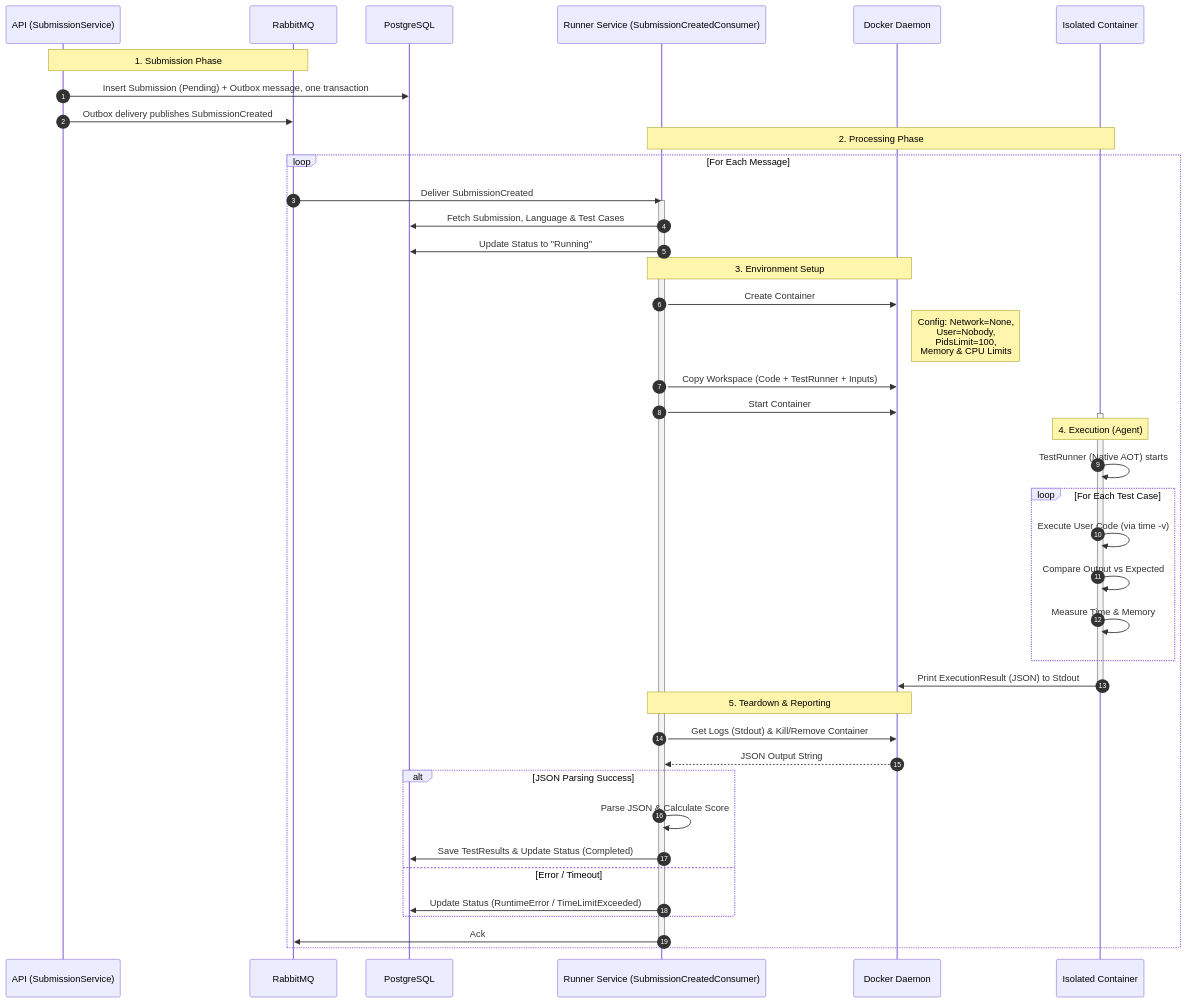
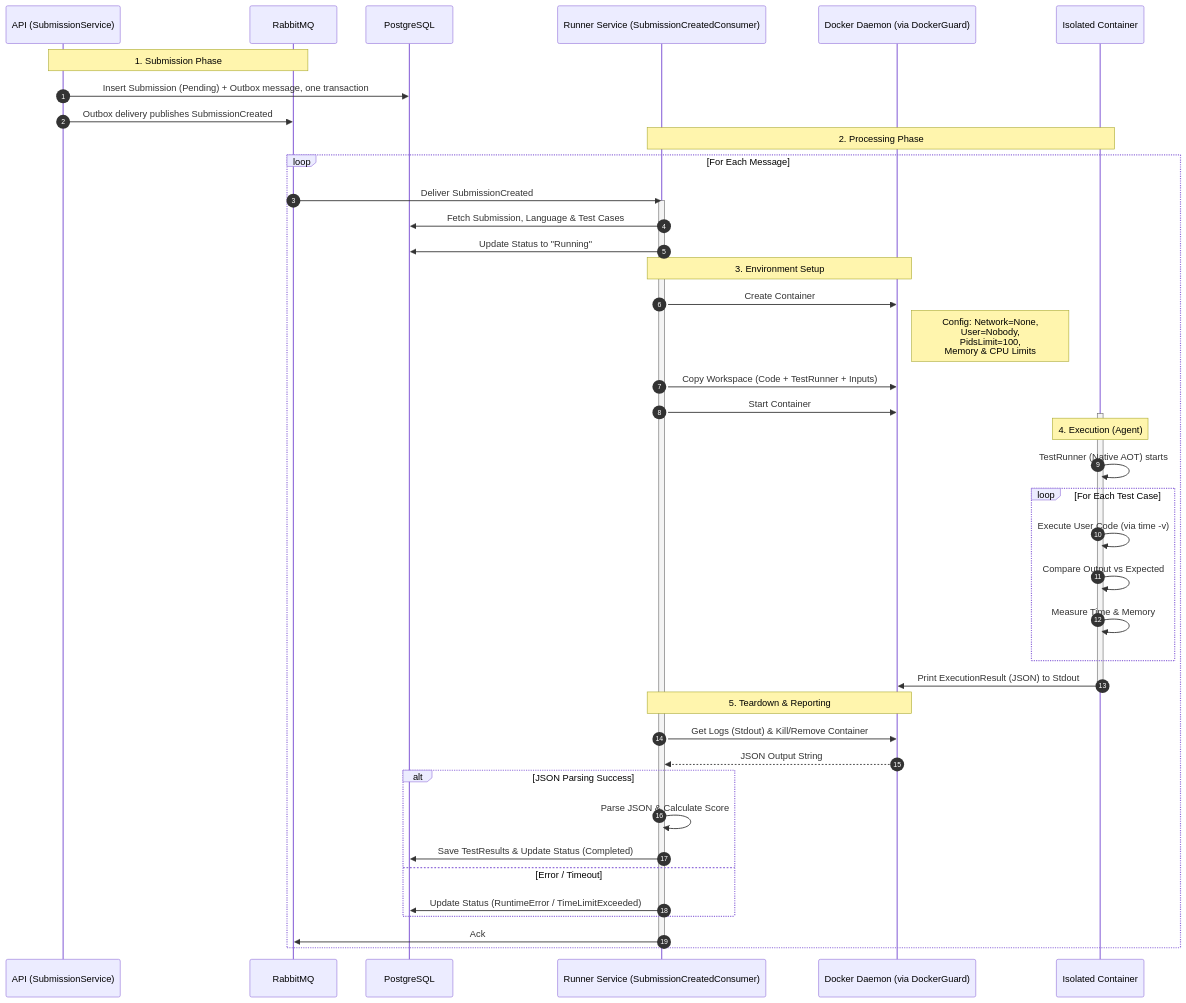
Before and after one commit to yarmatss/CodeLearning: the third of 4 diagrams in README.md, drawn with Mermaid. The commit also changed other lines of this file and 34 other files, not shown here.

First line of the commit message:
Split DI per layer, add DockerGuard and fix submission delivery gaps (#6)

````diff
--- a/README.md
+++ b/README.md
@@ -115,57 +116,57 @@
 ```mermaid
 sequenceDiagram
     autonumber
     participant API as API (SubmissionService)
     participant MQ as RabbitMQ
     participant DB as PostgreSQL
     participant Worker as Runner Service (SubmissionCreatedConsumer)
-    participant Docker as Docker Daemon
+    participant Docker as Docker Daemon (via DockerGuard)
     participant Container as Isolated Container
 
     Note over API, MQ: 1. Submission Phase
     API->>DB: Insert Submission (Pending) + Outbox message, one transaction
     API->>MQ: Outbox delivery publishes SubmissionCreated
     
     Note over Worker, Container: 2. Processing Phase
     loop For Each Message
         MQ->>Worker: Deliver SubmissionCreated
         activate Worker
         
         Worker->>DB: Fetch Submission, Language & Test Cases
         Worker->>DB: Update Status to "Running"
 
         Note over Worker, Docker: 3. Environment Setup
         Worker->>Docker: Create Container
         note right of Docker: Config: Network=None,<br/>User=Nobody,<br/>PidsLimit=100,<br/>Memory & CPU Limits
 
         Worker->>Docker: Copy Workspace (Code + TestRunner + Inputs)
         Worker->>Docker: Start Container
 
         activate Container
         Note over Container: 4. Execution (Agent)
         Container->>Container: TestRunner (Native AOT) starts
         
         loop For Each Test Case
             Container->>Container: Execute User Code (via time -v)
             Container->>Container: Compare Output vs Expected
             Container->>Container: Measure Time & Memory
         end
         
         Container->>Docker: Print ExecutionResult (JSON) to Stdout
         deactivate Container
 
         Note over Worker, Docker: 5. Teardown & Reporting
         Worker->>Docker: Get Logs (Stdout) & Kill/Remove Container
         Docker-->>Worker: JSON Output String
 
         alt JSON Parsing Success
             Worker->>Worker: Parse JSON & Calculate Score
             Worker->>DB: Save TestResults & Update Status (Completed)
         else Error / Timeout
             Worker->>DB: Update Status (RuntimeError / TimeLimitExceeded)
         end
         
         Worker->>MQ: Ack
         deactivate Worker
     end
 ```
````
